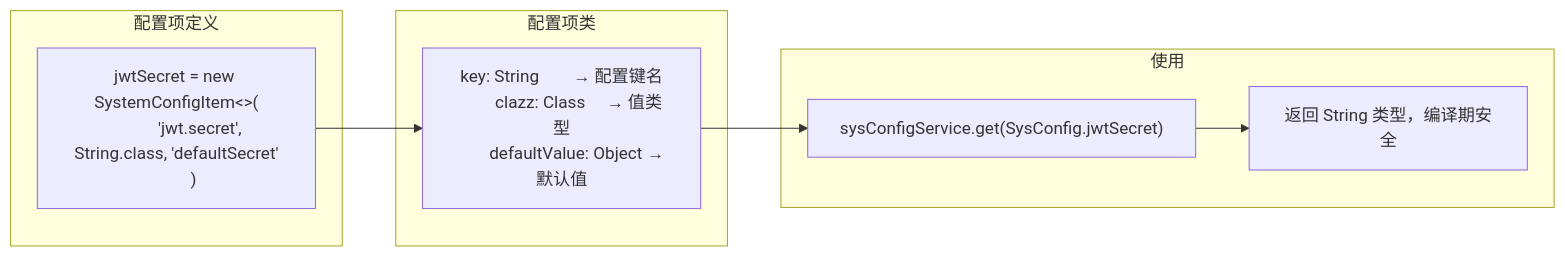
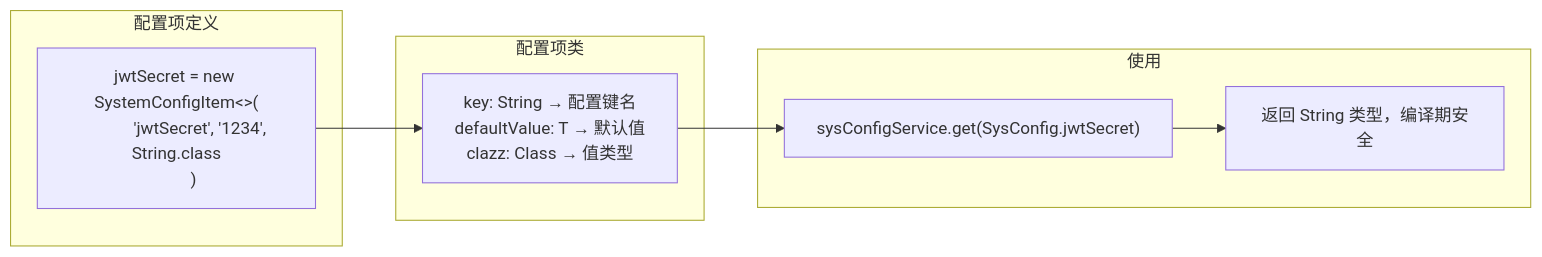
The seventh of 32 diagrams in docs/tutorial.md (Smithhss/YanQue-Admin), drawn with Mermaid before and after one commit. The commit also changed other lines of this file, not shown here.

````diff
--- a/docs/tutorial.md
+++ b/docs/tutorial.md
@@ -1698,21 +1698,21 @@
 ```mermaid
 flowchart LR
     subgraph SysConfig [配置项定义]
         A["jwtSecret = new SystemConfigItem<>(
-            'jwt.secret', String.class, 'defaultSecret'
+            'jwtSecret', '1234', String.class
         )"]
     end
 
     subgraph SystemConfigItem [配置项类]
         B["key: String        → 配置键名
-        clazz: Class<T>     → 值类型
-        defaultValue: Object → 默认值"]
+        defaultValue: T     → 默认值
+        clazz: Class<T>     → 值类型"]
     end
 
     subgraph 使用
         C["sysConfigService.get(SysConfig.jwtSecret)"]
         D["返回 String 类型，编译期安全"]
     end
 
     A --> B --> C --> D
 ```
````
